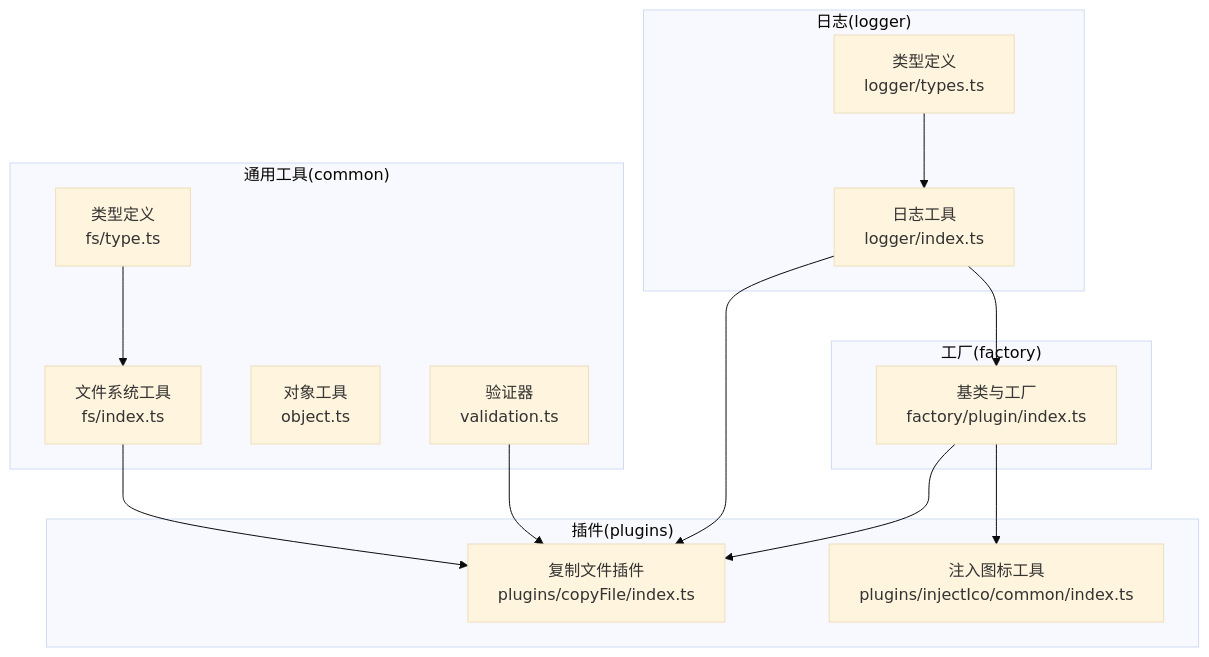
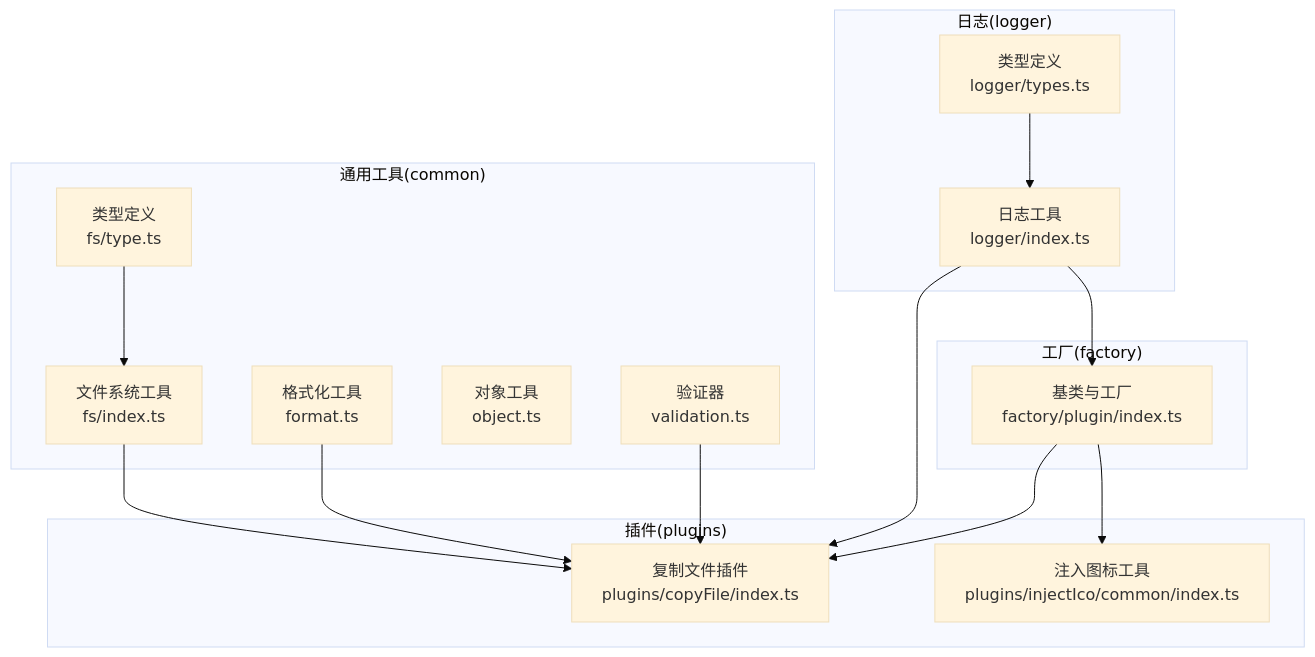
One commit to MengXi-Studio/vite-plugin changed the first of 6 diagrams in .qoder/repowiki/zh/content/工具模块/工具模块.md. Above: the diagram before and after it, drawn with Mermaid (base theme). The commit also changed other lines of this file and 3 other files, not shown here.

````diff
--- a/.qoder/repowiki/zh/content/工具模块/工具模块.md
+++ b/.qoder/repowiki/zh/content/工具模块/工具模块.md
@@ -57,28 +60,30 @@
 ```mermaid
 graph TB
 subgraph "通用工具(common)"
 FS["文件系统工具<br/>fs/index.ts"]
+FORMAT["格式化工具<br/>format.ts"]
 OBJ["对象工具<br/>object.ts"]
 VAL["验证器<br/>validation.ts"]
 FST["类型定义<br/>fs/type.ts"]
 end
 subgraph "日志(logger)"
 LOG["日志工具<br/>logger/index.ts"]
 LOGT["类型定义<br/>logger/types.ts"]
 end
 subgraph "工厂(factory)"
 BASE["基类与工厂<br/>factory/plugin/index.ts"]
 end
 subgraph "插件(plugins)"
 COPY["复制文件插件<br/>plugins/copyFile/index.ts"]
 ICO["注入图标工具<br/>plugins/injectIco/common/index.ts"]
 end
 FS --> COPY
+FORMAT --> COPY
 VAL --> COPY
 LOG --> COPY
 BASE --> COPY
 BASE --> ICO
 LOG --> BASE
 FST --> FS
 LOGT --> LOG
 ```
````
